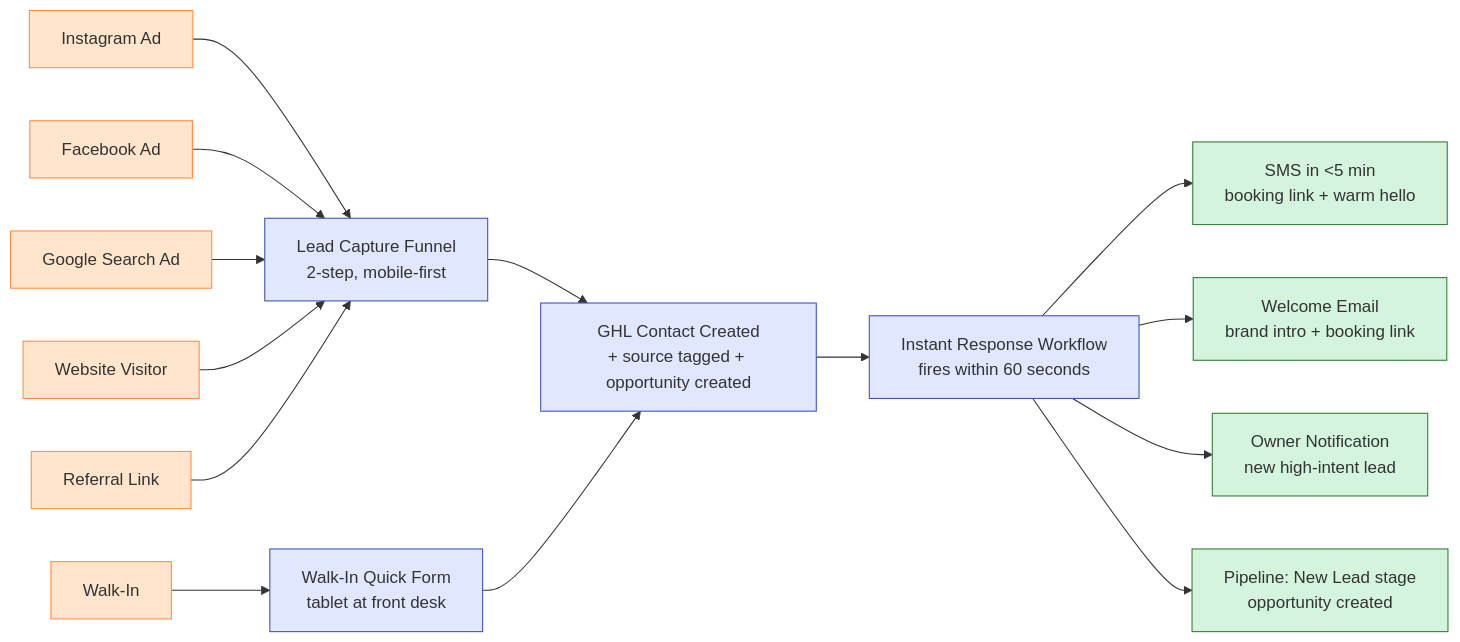
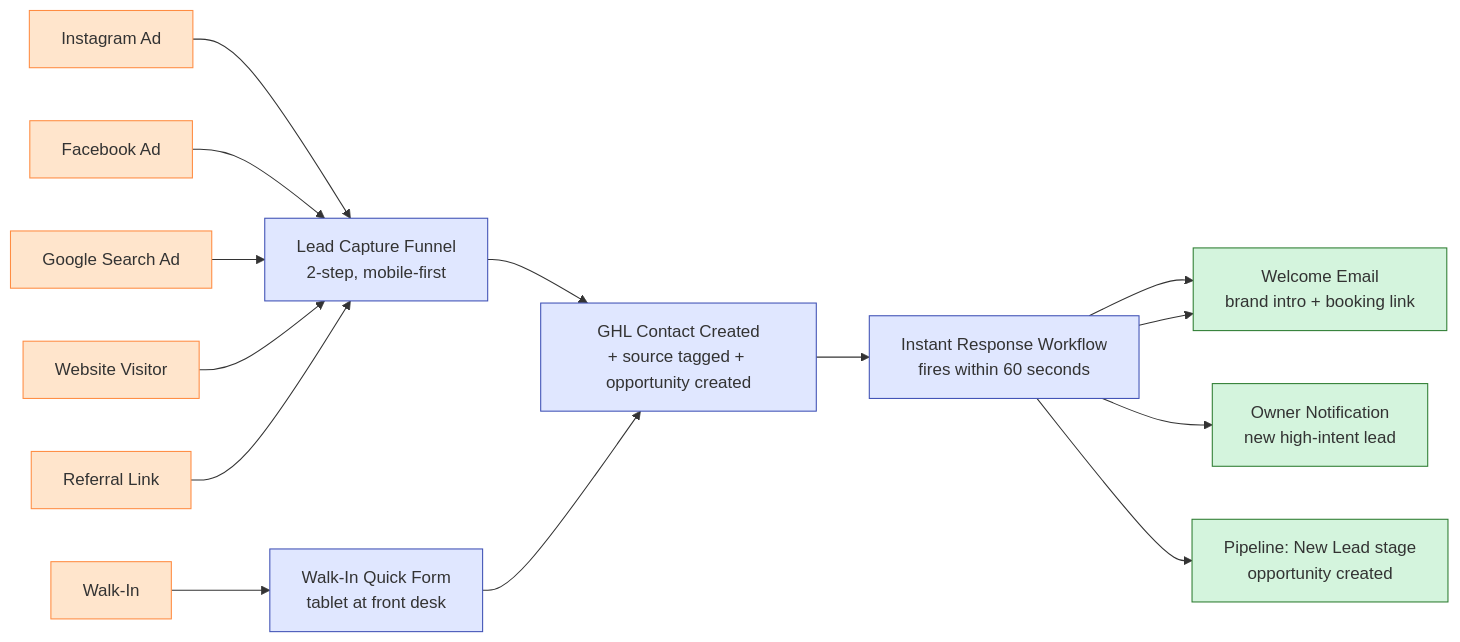
The diagram in client-demo/sunrise-wellness-studio/problems/01-lead-capture-and-instant-response/README.md (safeer-maker/GoHighLevel), drawn with Mermaid before and after one commit. The commit also changed other lines of this file and 4 other files, not shown here.

````diff
--- a/client-demo/sunrise-wellness-studio/problems/01-lead-capture-and-instant-response/README.md
+++ b/client-demo/sunrise-wellness-studio/problems/01-lead-capture-and-instant-response/README.md
@@ -39,30 +39,30 @@
 ```mermaid
 graph LR
     L1[Instagram Ad] --> Funnel
     L2[Facebook Ad] --> Funnel
     L3[Google Search Ad] --> Funnel
     L4[Website Visitor] --> Funnel
     L5[Walk-In] --> Form
     L6[Referral Link] --> Funnel
 
     Funnel[Lead Capture Funnel<br/>2-step, mobile-first]
     Form[Walk-In Quick Form<br/>tablet at front desk]
 
     Funnel --> CRM[GHL Contact Created<br/>+ source tagged + opportunity created]
     Form --> CRM
 
     CRM --> WF[Instant Response Workflow<br/>fires within 60 seconds]
 
-    WF --> SMS[SMS in <5 min<br/>booking link + warm hello]
+    WF --> Email[Email in <5 min<br/>booking link + warm hello]
     WF --> Email[Welcome Email<br/>brand intro + booking link]
     WF --> Notif[Owner Notification<br/>new high-intent lead]
     WF --> Pipe[Pipeline: New Lead stage<br/>opportunity created]
 
     classDef channel fill:#FFE5CC,stroke:#FF8C42
     classDef system fill:#E0E7FF,stroke:#3F51B5
     classDef action fill:#D4F4DD,stroke:#2E7D32
 
     class L1,L2,L3,L4,L5,L6 channel
     class Funnel,Form,CRM,WF system
-    class SMS,Email,Notif,Pipe action
+    class Email,Email,Notif,Pipe action
 ```
````
